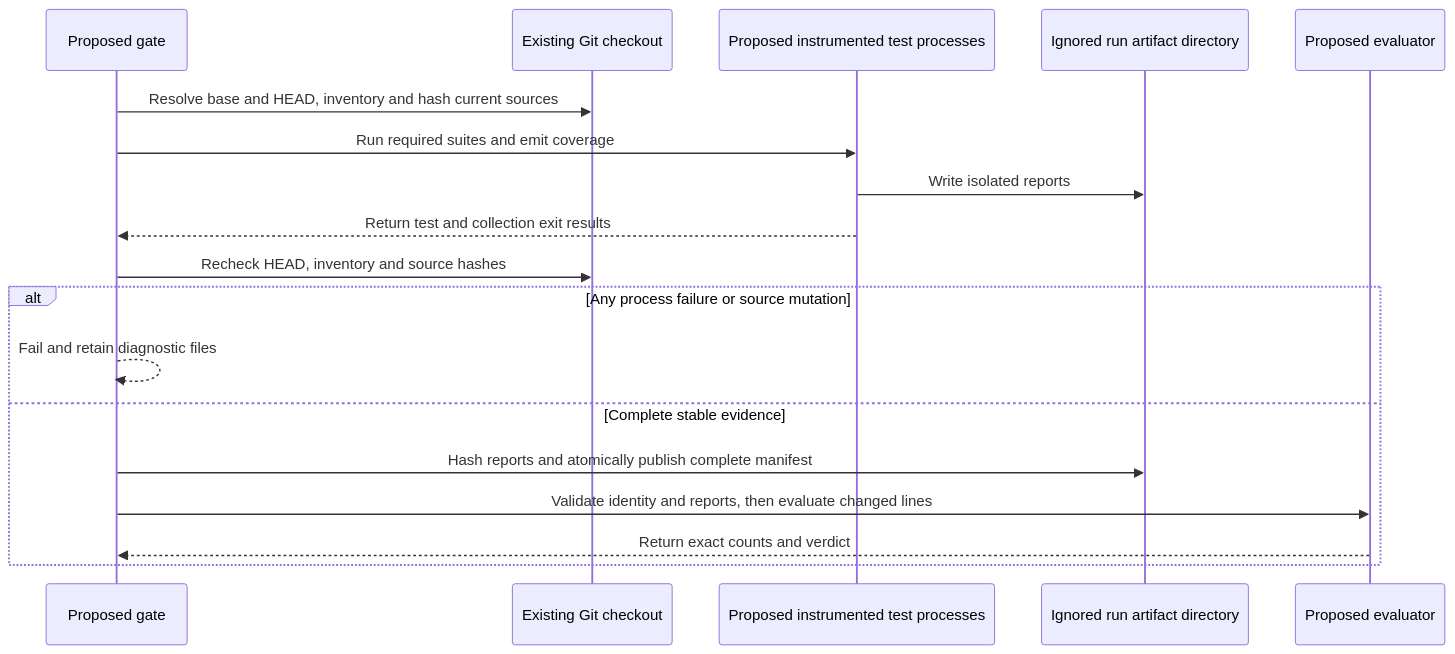
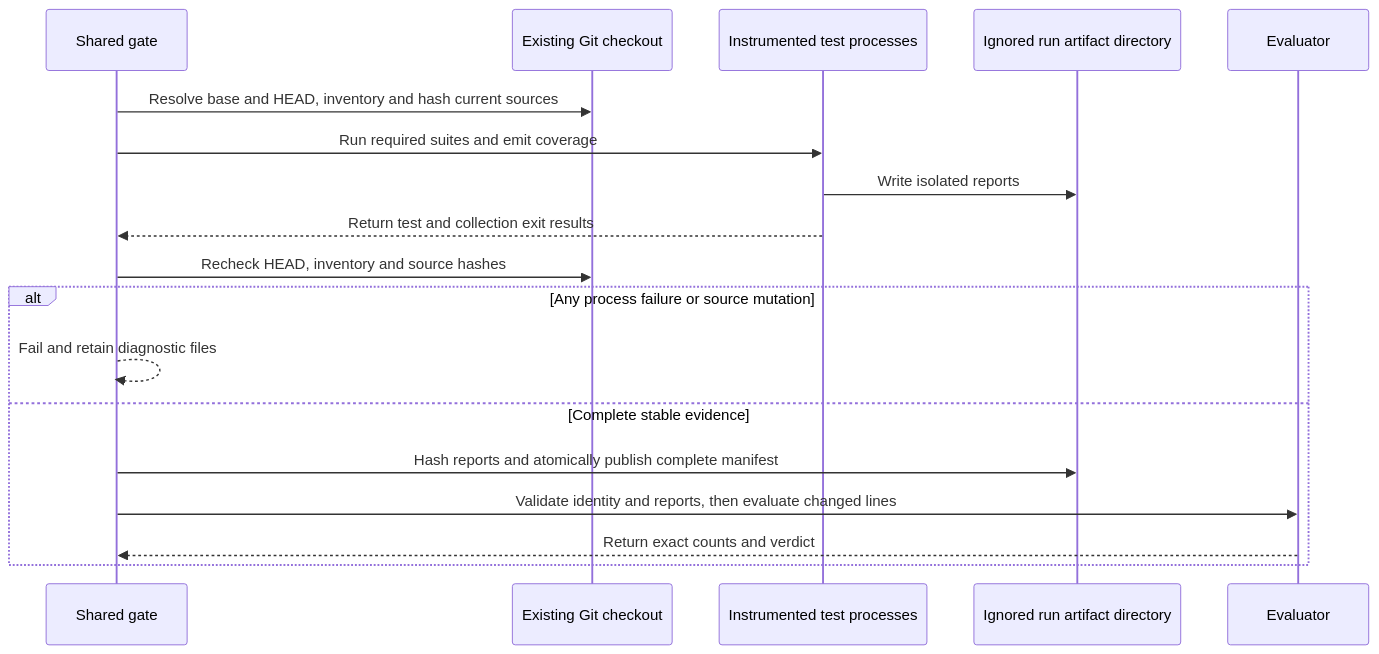
The second of 3 diagrams in .github/.spec/README.md (RLittlesII/agents), drawn with Mermaid before and after one commit. The commit also changed other lines of this file, not shown here.

````diff
--- a/.github/.spec/README.md
+++ b/.github/.spec/README.md
@@ -181,20 +183,20 @@
 ```mermaid
 sequenceDiagram
-    participant Gate as Proposed gate
+    participant Gate as Shared gate
     participant Git as Existing Git checkout
-    participant Collectors as Proposed instrumented test processes
+    participant Collectors as Instrumented test processes
     participant Files as Ignored run artifact directory
-    participant Evaluator as Proposed evaluator
+    participant Evaluator as Evaluator
     Gate->>Git: Resolve base and HEAD, inventory and hash current sources
     Gate->>Collectors: Run required suites and emit coverage
     Collectors->>Files: Write isolated reports
     Collectors-->>Gate: Return test and collection exit results
     Gate->>Git: Recheck HEAD, inventory and source hashes
     alt Any process failure or source mutation
         Gate-->>Gate: Fail and retain diagnostic files
     else Complete stable evidence
         Gate->>Files: Hash reports and atomically publish complete manifest
         Gate->>Evaluator: Validate identity and reports, then evaluate changed lines
         Evaluator-->>Gate: Return exact counts and verdict
     end
 ```
````
